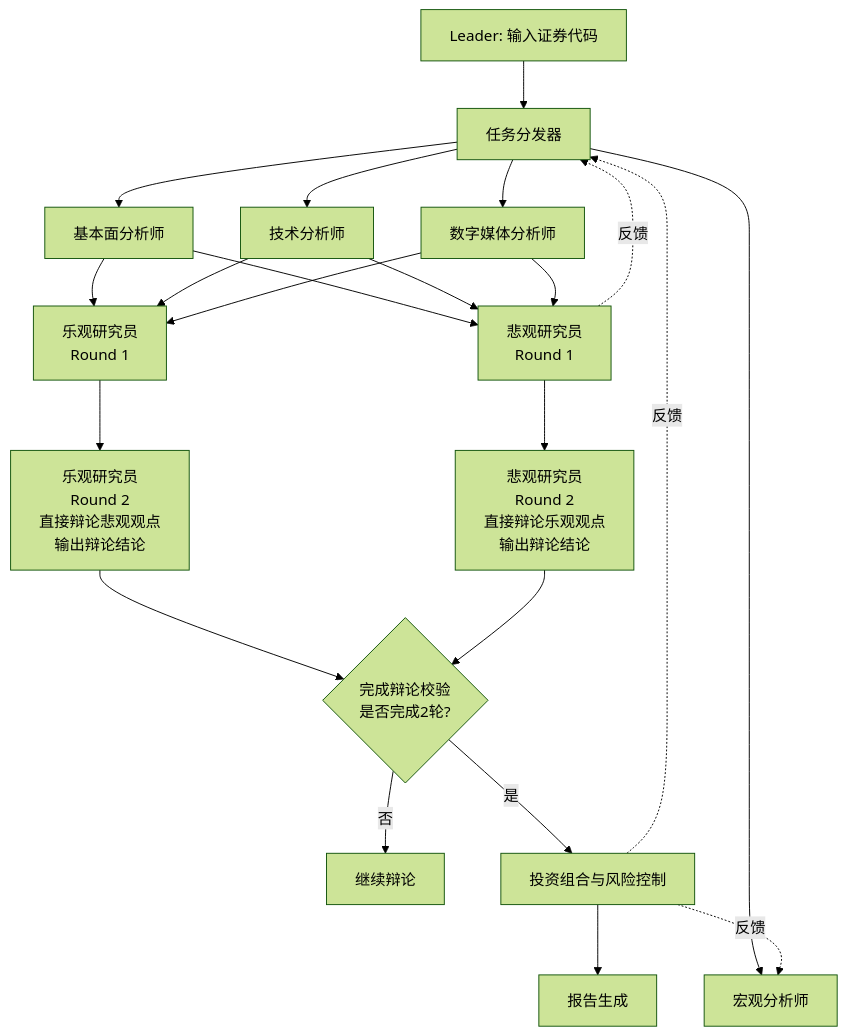
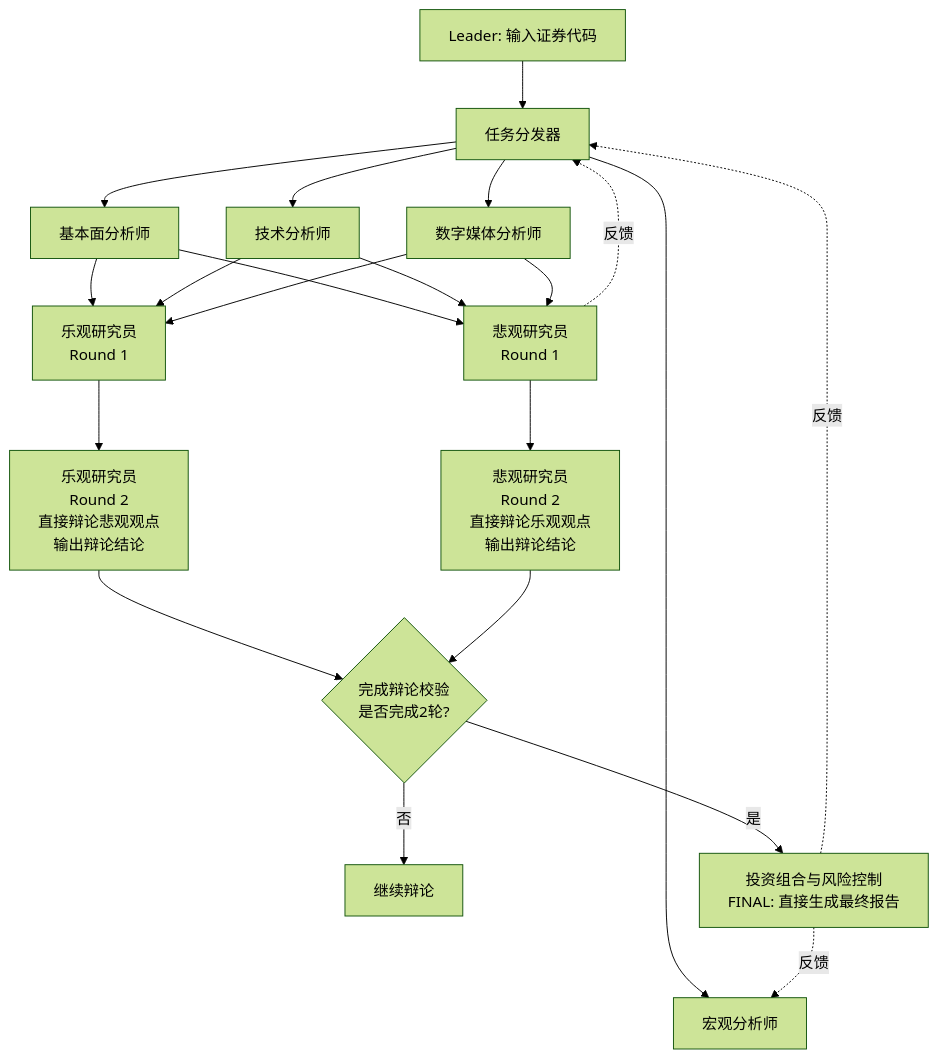
Before and after one commit to openJiuwen-ai/agent-core-java: the diagram in examples/agent_teams/skills/investment-analysis-team/workflow.md, drawn with Mermaid (forest theme). The commit also changed other lines of this file and 118 other files, not shown here.

````diff
--- a/examples/agent_teams/skills/investment-analysis-team/workflow.md
+++ b/examples/agent_teams/skills/investment-analysis-team/workflow.md
@@ -5,31 +5,29 @@
 ```mermaid
 graph TD
     A[Leader: 输入证券代码] --> B[任务分发器]
     B --> C1[基本面分析师]
     B --> C2[技术分析师]
     B --> C3[数字媒体分析师]
     B --> C4[宏观分析师]
     
     C1 --> D1[乐观研究员<br/>Round 1]
     C2 --> D1
     C3 --> D1
     
     C1 --> D2[悲观研究员<br/>Round 1]
     C2 --> D2
     C3 --> D2
     
     D1 --> G1[乐观研究员<br/>Round 2<br/>直接辩论悲观观点<br/>输出辩论结论]
     D2 --> G2[悲观研究员<br/>Round 2<br/>直接辩论乐观观点<br/>输出辩论结论]
     
     G1 --> I{完成辩论校验<br/>是否完成2轮?}
     G2 --> I
     
     I -- 否 --> J1[继续辩论]
-    I -- 是 --> K[投资组合与风险控制]
-    
-    K --> L[报告生成]
+    I -- 是 --> K[投资组合与风险控制<br/>FINAL: 直接生成最终报告]
     
     K -.反馈.-> B
     K -.反馈.-> C4
     D2 -.反馈.-> B
 ```
````
